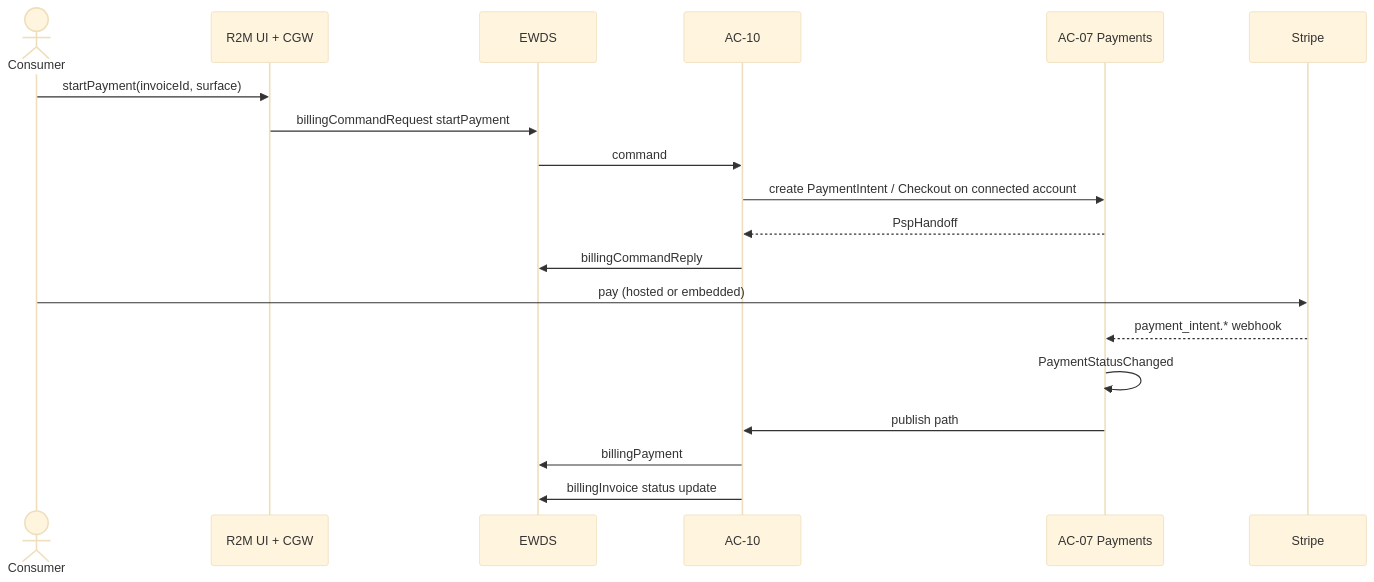
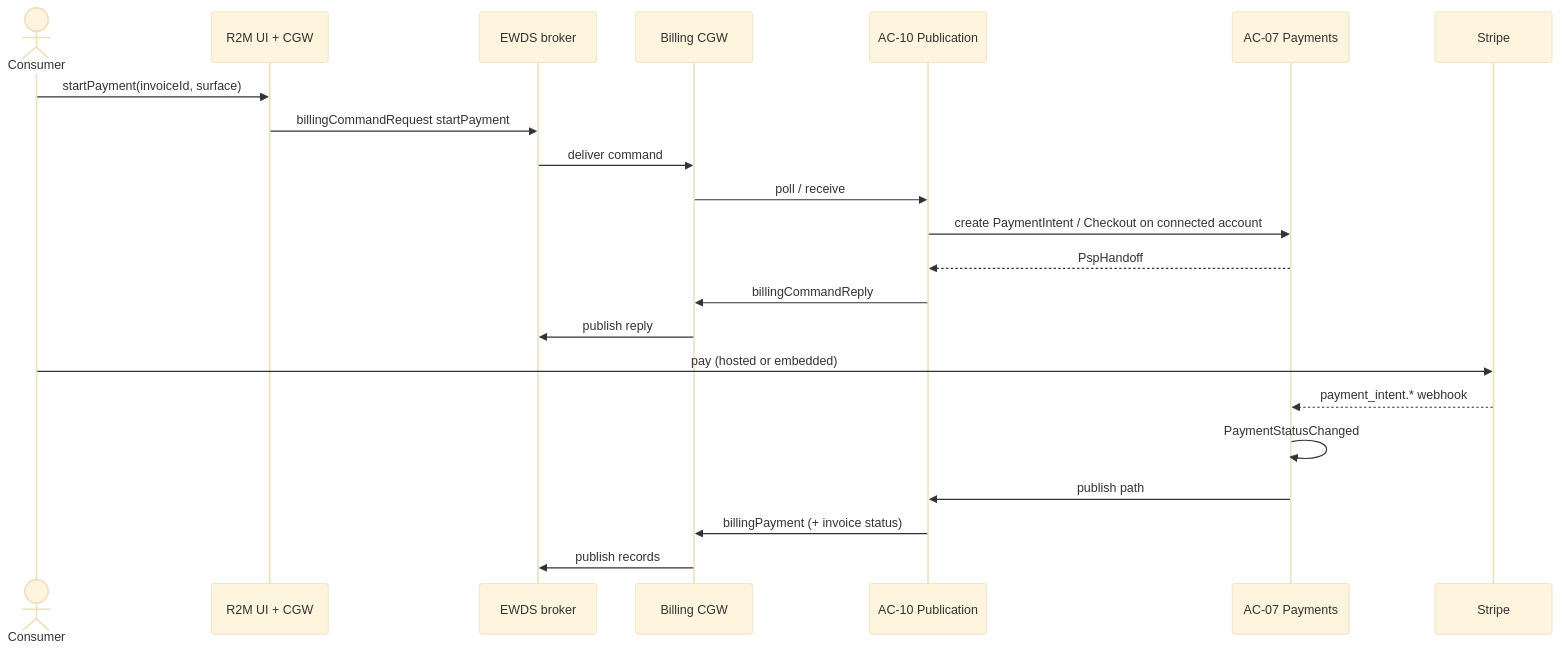
Before and after one commit to blooo-io/intelligent-eu-bps-source: the eighth of 14 diagrams in docs/architecture/07-scenario-flows.md, drawn with Mermaid (base theme). The commit also changed other lines of this file, not shown here.

First line of the commit message:
docs(INT-450): show Billing CGW on every EWDS scenario flow (#224)

````diff
--- a/docs/architecture/07-scenario-flows.md
+++ b/docs/architecture/07-scenario-flows.md
@@ -200,21 +221,24 @@
 ```mermaid
 sequenceDiagram
   actor Cons as Consumer
   participant R2M as R2M UI + CGW
-  participant EWDS as EWDS
-  participant AC10 as AC-10
+  participant EWDS as EWDS broker
+  participant CGW as Billing CGW
+  participant AC10 as AC-10 Publication
   participant AC07 as AC-07 Payments
   participant Stripe as Stripe
   Cons->>R2M: startPayment(invoiceId, surface)
   R2M->>EWDS: billingCommandRequest startPayment
-  EWDS->>AC10: command
+  EWDS->>CGW: deliver command
+  CGW->>AC10: poll / receive
   AC10->>AC07: create PaymentIntent / Checkout on connected account
   AC07-->>AC10: PspHandoff
-  AC10->>EWDS: billingCommandReply
+  AC10->>CGW: billingCommandReply
+  CGW->>EWDS: publish reply
   Cons->>Stripe: pay (hosted or embedded)
   Stripe-->>AC07: payment_intent.* webhook
   AC07->>AC07: PaymentStatusChanged
   AC07->>AC10: publish path
-  AC10->>EWDS: billingPayment
-  AC10->>EWDS: billingInvoice status update
+  AC10->>CGW: billingPayment (+ invoice status)
+  CGW->>EWDS: publish records
 ```
````
